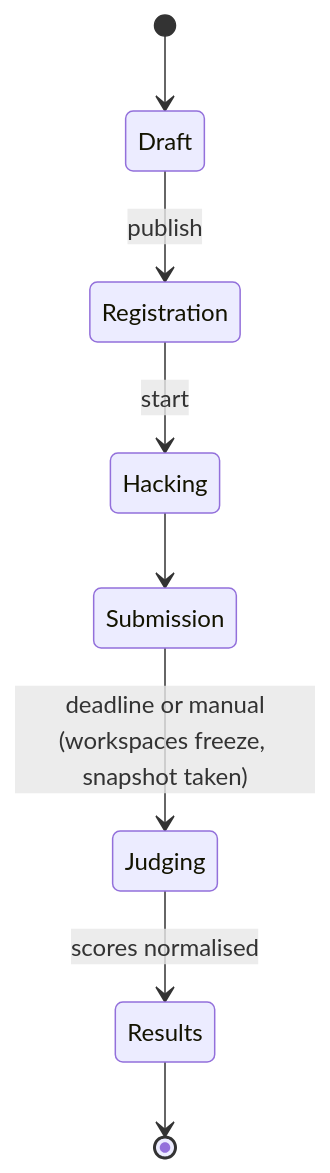
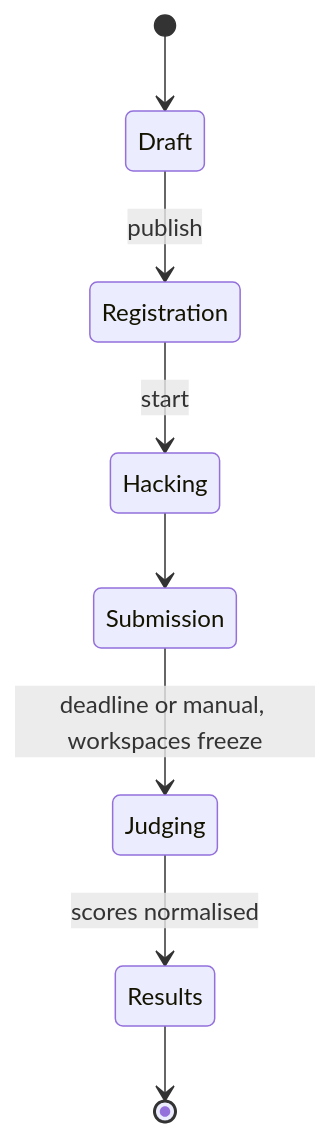
The sixth of 6 diagrams in README.md (Piyush5525/Hackconnect), drawn with Mermaid before and after one commit. The commit also changed other lines of this file, not shown here.

Commit message:
Fix README diagrams, update hackathon cards and docs

````diff
--- a/README.md
+++ b/README.md
@@ -174,10 +174,10 @@
 ```mermaid
 stateDiagram-v2
   [*] --> Draft
   Draft --> Registration: publish
   Registration --> Hacking: start
   Hacking --> Submission
-  Submission --> Judging: deadline or manual<br/>(workspaces freeze, snapshot taken)
+  Submission --> Judging: deadline or manual, workspaces freeze
   Judging --> Results: scores normalised
   Results --> [*]
 ```
````
